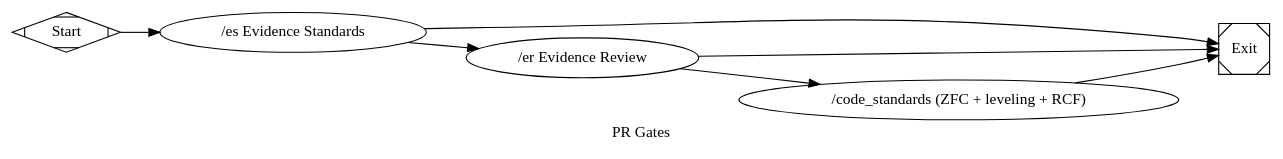
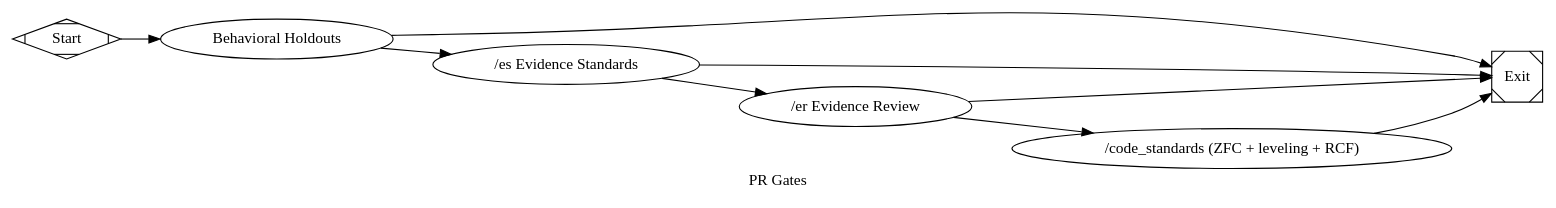
One commit to jleechanorg/dark-factory changed the diagram in pipelines/factory/pr_gates.dot. Above: the diagram before and after it, drawn with Graphviz. The commit also changed 2 other files, not shown here.

Commit message:
feat(pipelines): pr_gates.dot joins holdout-always policy
Operator: a PR diff against a repo with sealed scenarios benefits from
holdout — pr_gates is no longer a no-holdout exception. Mirrors gates.dot
shape (start -> holdout -> gate_es -> gate_er -> gate_cs), feature from
--feature / ctx.state. Docs exception list trimmed to spec_gen + review_pr.
Two new tests (success path + holdout short-circuit). Suite 314 passed.

```diff
--- a/pipelines/factory/pr_gates.dot
+++ b/pipelines/factory/pr_gates.dot
@@ -1,23 +1,30 @@
 digraph pr_gates {
     graph [
-        goal="PR validation: 3 adversarial gates (no holdout)."
+        goal="PR validation: sealed holdouts + 3 adversarial gates."
         label="PR Gates"
     ]
     rankdir=LR
 
     start [shape=Mdiamond, label="Start"]
     exit  [shape=Msquare,  label="Exit"]
 
+    // Holdout-always policy: PR diffs run the sealed behavioral holdouts
+    // first — evidence gates grade the diff's story, holdouts grade its
+    // behavior. Feature comes from --feature / ctx.state["feature"].
+    holdout         [type="holdout_eval",        label="Behavioral Holdouts",          timeout=600]
     gate_es         [type="gate_es",             label="/es Evidence Standards",       timeout=600]
     gate_er         [type="gate_er",             label="/er Evidence Review",           timeout=600]
     gate_cs         [type="gate_code_standards", label="/code_standards (ZFC + leveling + RCF)", timeout=600]
 
-    start -> gate_es
+    start -> holdout
+    holdout -> gate_es [condition="outcome=success"]
+    holdout -> exit    [condition="outcome!=success"]
+
     gate_es -> gate_er [condition="outcome=success"]
     gate_es -> exit    [condition="outcome!=success"]
 
     gate_er -> gate_cs [condition="outcome=success"]
     gate_er -> exit    [condition="outcome!=success"]
 
     gate_cs -> exit
 }
```
